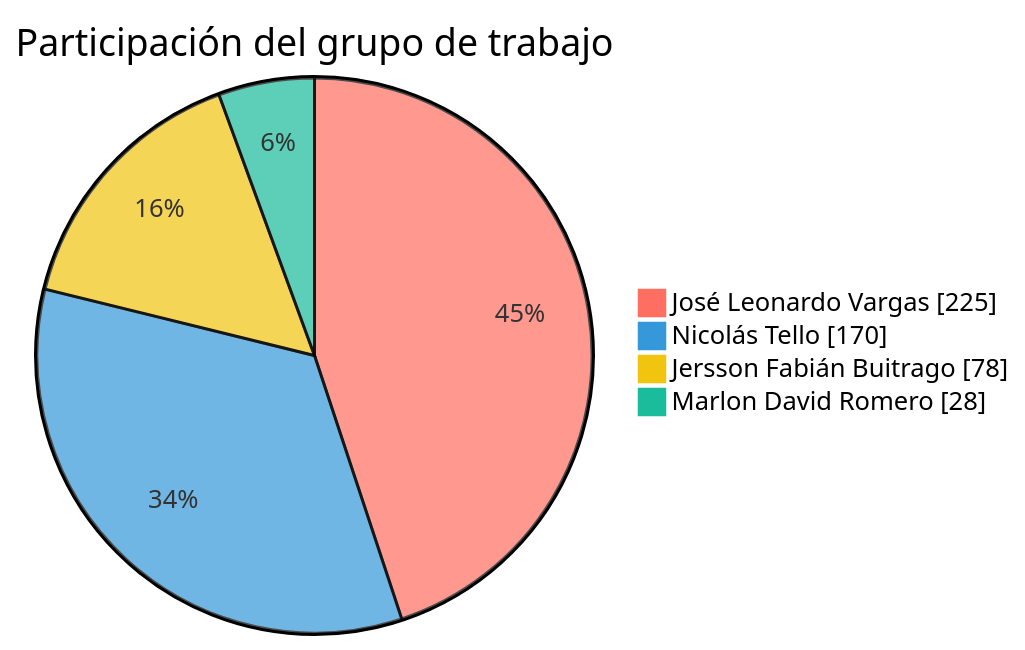
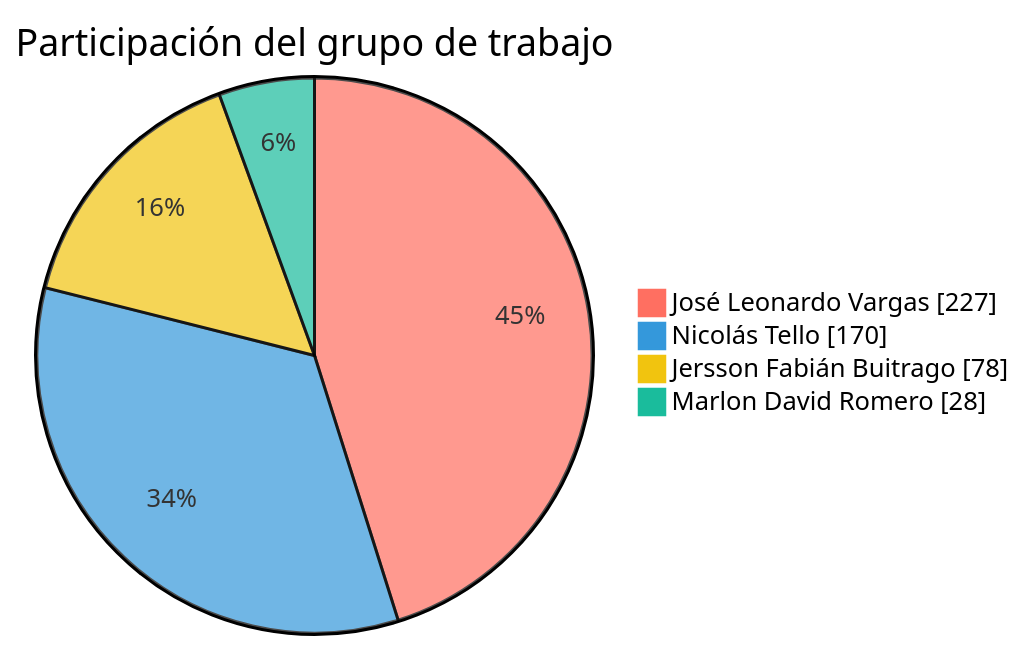
Before and after one commit to FarmaExpres/FarmaExpres: the first of 2 diagrams in README.md, drawn with Mermaid. The commit also changed other lines of this file and 1 other file, not shown here.

````diff
--- a/README.md
+++ b/README.md
@@ -389,9 +389,9 @@
 ```mermaid
 %%{init: {"themeVariables": {"pie1": "#ff6f61", "pie2": "#3498db", "pie3": "#f1c40f", "pie4": "#1abc9c", "pieLabelColor": "#000000", "pieLabelFontSize": "24px", "pieLabelFontWeight": "700"}}}%%
 pie showData
     title Participación del grupo de trabajo
-    "José Leonardo Vargas" : 225
+    "José Leonardo Vargas" : 227
     "Nicolás Tello" : 170
     "Jersson Fabián Buitrago" : 78
     "Marlon David Romero" : 28
 ```
````
